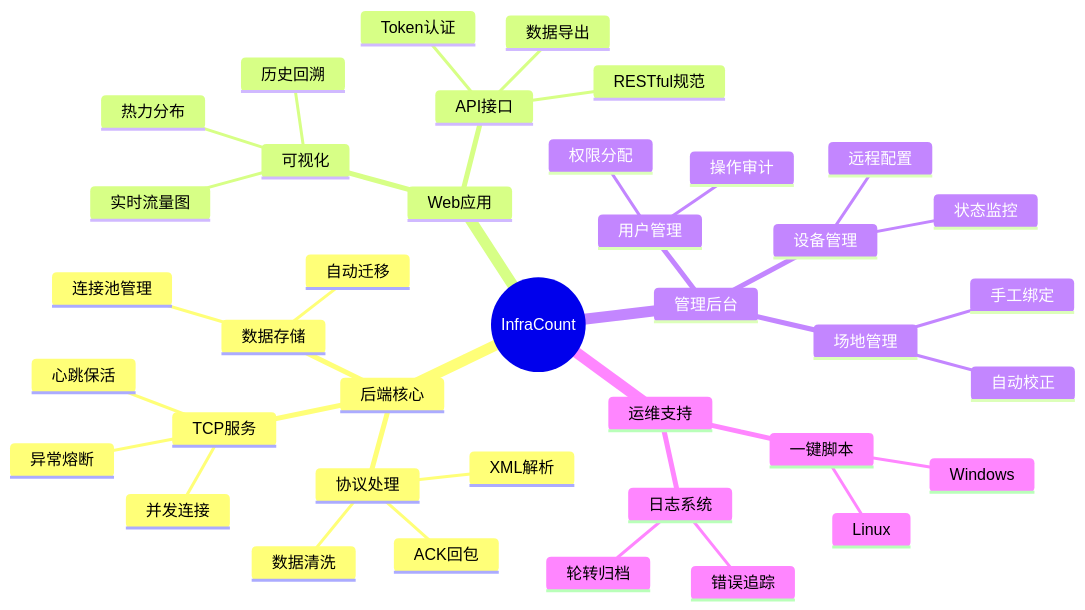
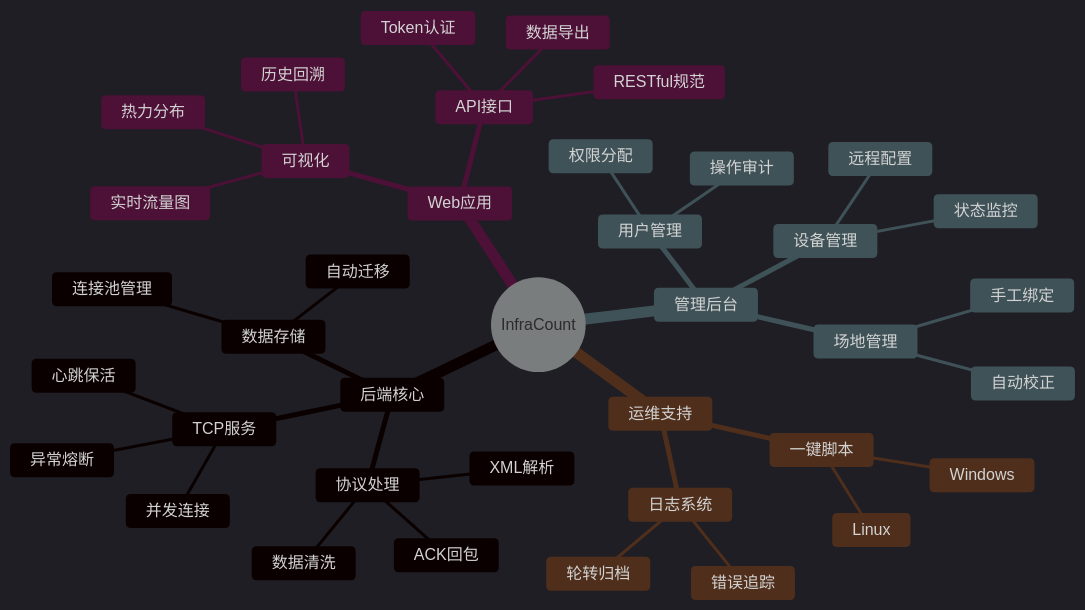
One commit to HF-CYGG/InfraCount changed the third of 3 diagrams in README.md. Above: the diagram before and after it, drawn with Mermaid. The commit also changed other lines of this file, not shown here.

First line of the commit message:
docs: 更新README中的图表为暗色主题并增强可读性

````diff
--- a/README.md
+++ b/README.md
@@ -171,42 +180,43 @@
 ```mermaid
+%%{init: {'theme': 'dark'}}%%
 mindmap
   root((InfraCount))
     后端核心
       TCP服务
         并发连接
         心跳保活
         异常熔断
       协议处理
         XML解析
         数据清洗
         ACK回包
       数据存储
         连接池管理
         自动迁移
     Web应用
       可视化
         实时流量图
         热力分布
         历史回溯
       API接口
         RESTful规范
         Token认证
         数据导出
     管理后台
       设备管理
         状态监控
         远程配置
       场地管理
         自动校正
         手工绑定
       用户管理
         权限分配
         操作审计
     运维支持
       一键脚本
         Windows
         Linux
       日志系统
         轮转归档
         错误追踪
 ```
````
